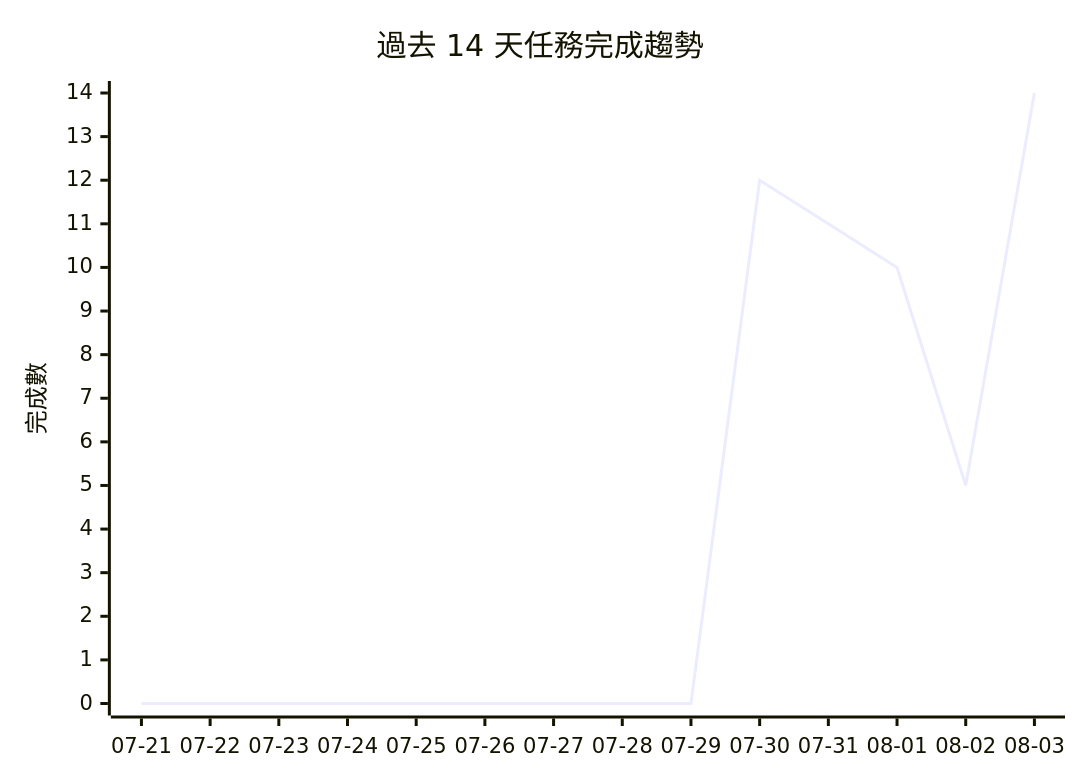
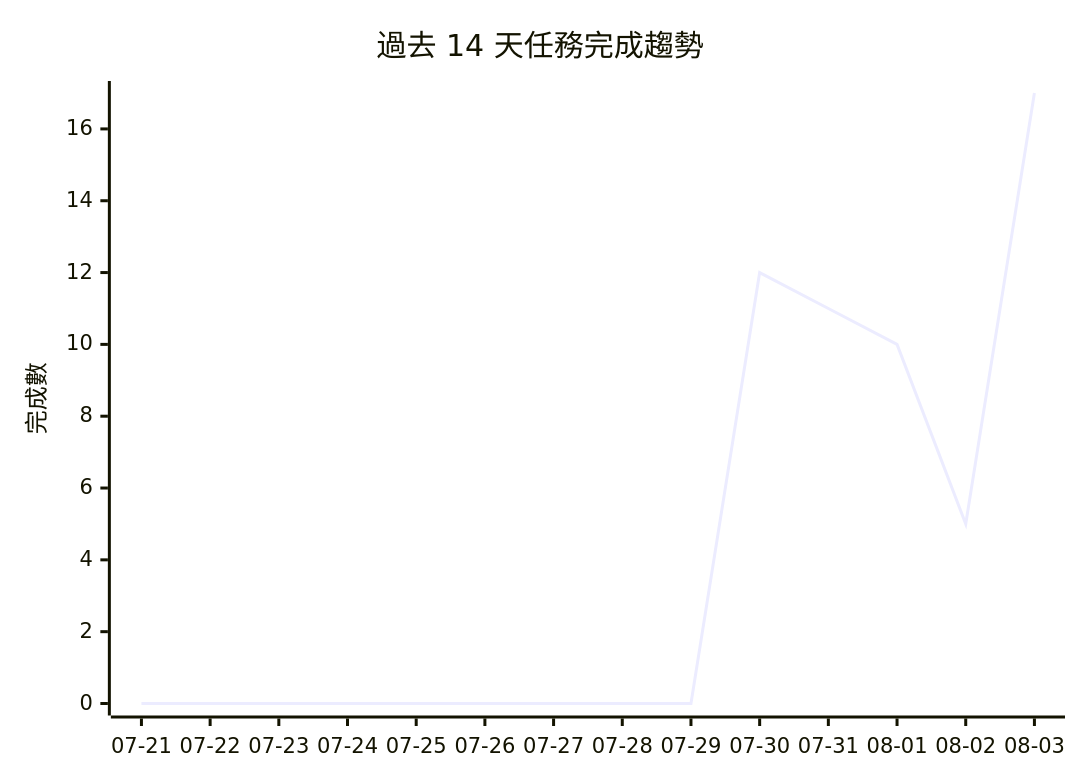
Before and after one commit to gentoobreaking/ai-tasks: the diagram in PROJECTS.md, drawn with Mermaid. The commit also changed other lines of this file and 97 other files, not shown here.

````diff
--- a/PROJECTS.md
+++ b/PROJECTS.md
@@ -174,7 +231,7 @@
 ```mermaid
 xychart-beta
     title "過去 14 天任務完成趨勢"
     x-axis ["07-21", "07-22", "07-23", "07-24", "07-25", "07-26", "07-27", "07-28", "07-29", "07-30", "07-31", "08-01", "08-02", "08-03"]
-    y-axis "完成數" 0 --> 14
-    line [0, 0, 0, 0, 0, 0, 0, 0, 0, 12, 11, 10, 5, 14]
+    y-axis "完成數" 0 --> 17
+    line [0, 0, 0, 0, 0, 0, 0, 0, 0, 12, 11, 10, 5, 17]
 ```
````
